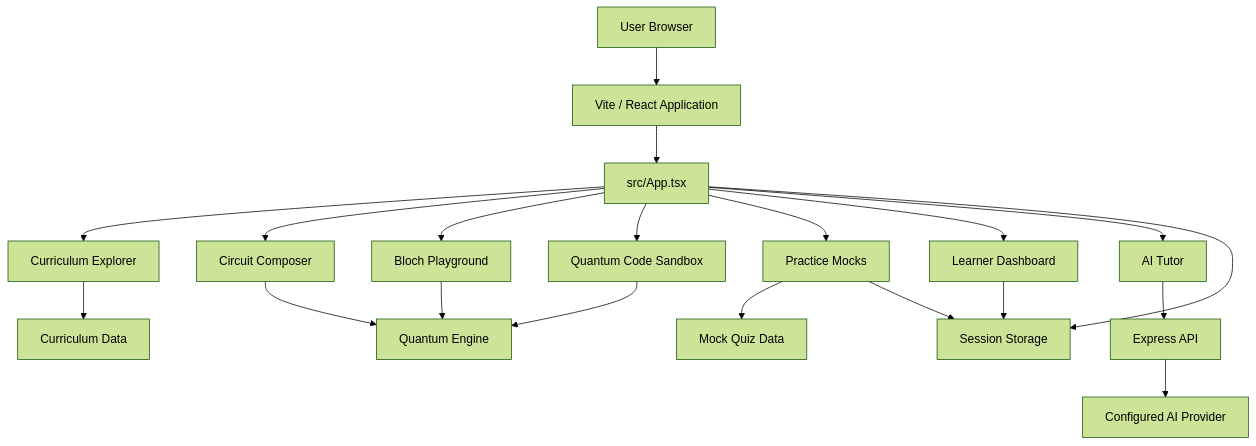
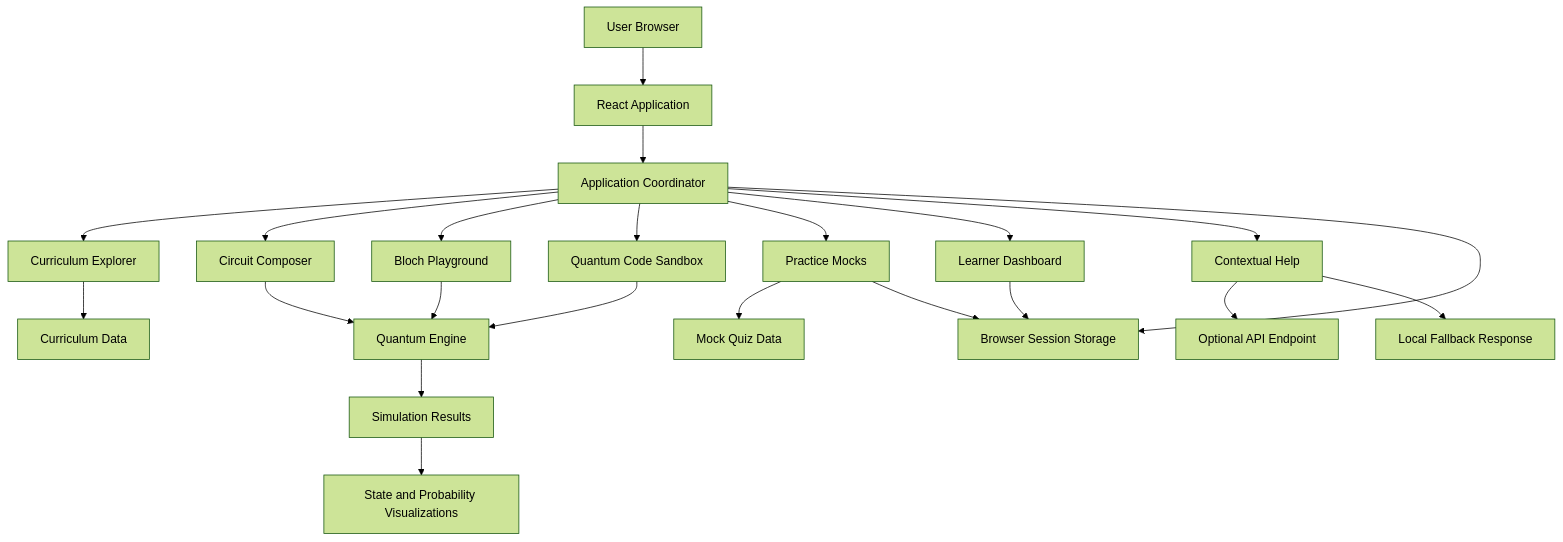
One commit to chamanvashishth/Qubit_Lab changed the first of 3 diagrams in README.md. Above: the diagram before and after it, drawn with Mermaid (forest theme). The commit also changed other lines of this file, not shown here.

Commit message:
docs: redesign README with architecture, workflows, deployment and security guidance

````diff
--- a/README.md
+++ b/README.md
@@ -115,29 +163,31 @@
 ```mermaid
 flowchart TB
-    U[User Browser]
+    U[User Browser] --> F[React Application]
 
-    U --> V[Vite / React Application]
-    V --> A[src/App.tsx]
+    F --> APP[Application Coordinator]
 
-    A --> C[Curriculum Explorer]
-    A --> CC[Circuit Composer]
-    A --> B[Bloch Playground]
-    A --> S[Quantum Code Sandbox]
-    A --> Q[Practice Mocks]
-    A --> D[Learner Dashboard]
-    A --> T[AI Tutor]
+    APP --> CUR[Curriculum Explorer]
+    APP --> CIR[Circuit Composer]
+    APP --> BLOCH[Bloch Playground]
+    APP --> CODE[Quantum Code Sandbox]
+    APP --> QUIZ[Practice Mocks]
+    APP --> DASH[Learner Dashboard]
+    APP --> CHAT[Contextual Help]
 
-    C --> DATA[Curriculum Data]
-    Q --> MQ[Mock Quiz Data]
+    CUR --> DATA[Curriculum Data]
+    QUIZ --> QUIZDATA[Mock Quiz Data]
 
-    CC --> QE[Quantum Engine]
-    B --> QE
-    S --> QE
+    CIR --> ENGINE[Quantum Engine]
+    BLOCH --> ENGINE
+    CODE --> ENGINE
 
-    D --> SS[Session Storage]
-    Q --> SS
-    A --> SS
+    ENGINE --> RESULT[Simulation Results]
+    RESULT --> VIS[State and Probability Visualizations]
 
-    T --> API[Express API]
-    API --> AI[Configured AI Provider]
+    APP --> SESSION[Browser Session Storage]
+    QUIZ --> SESSION
+    DASH --> SESSION
+
+    CHAT --> OPTIONAL[Optional API Endpoint]
+    CHAT --> FALLBACK[Local Fallback Response]
 ```
````
